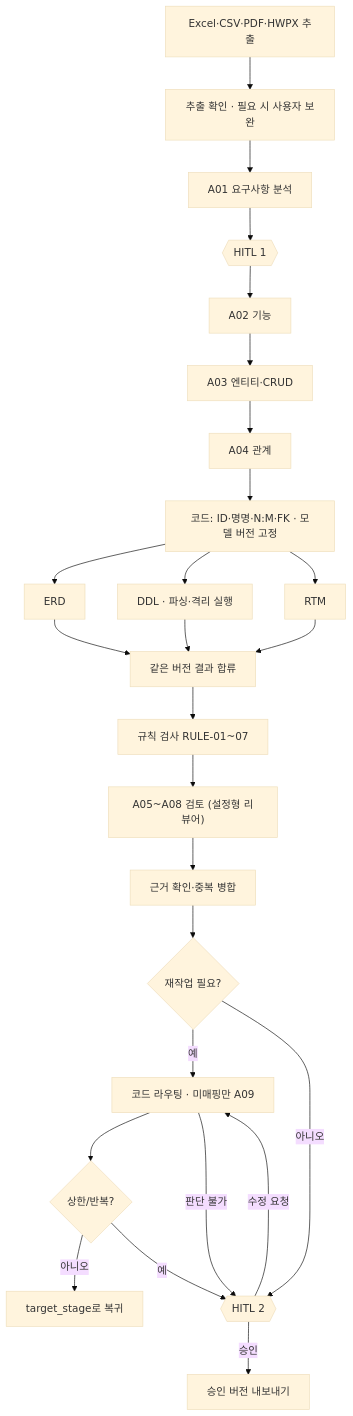
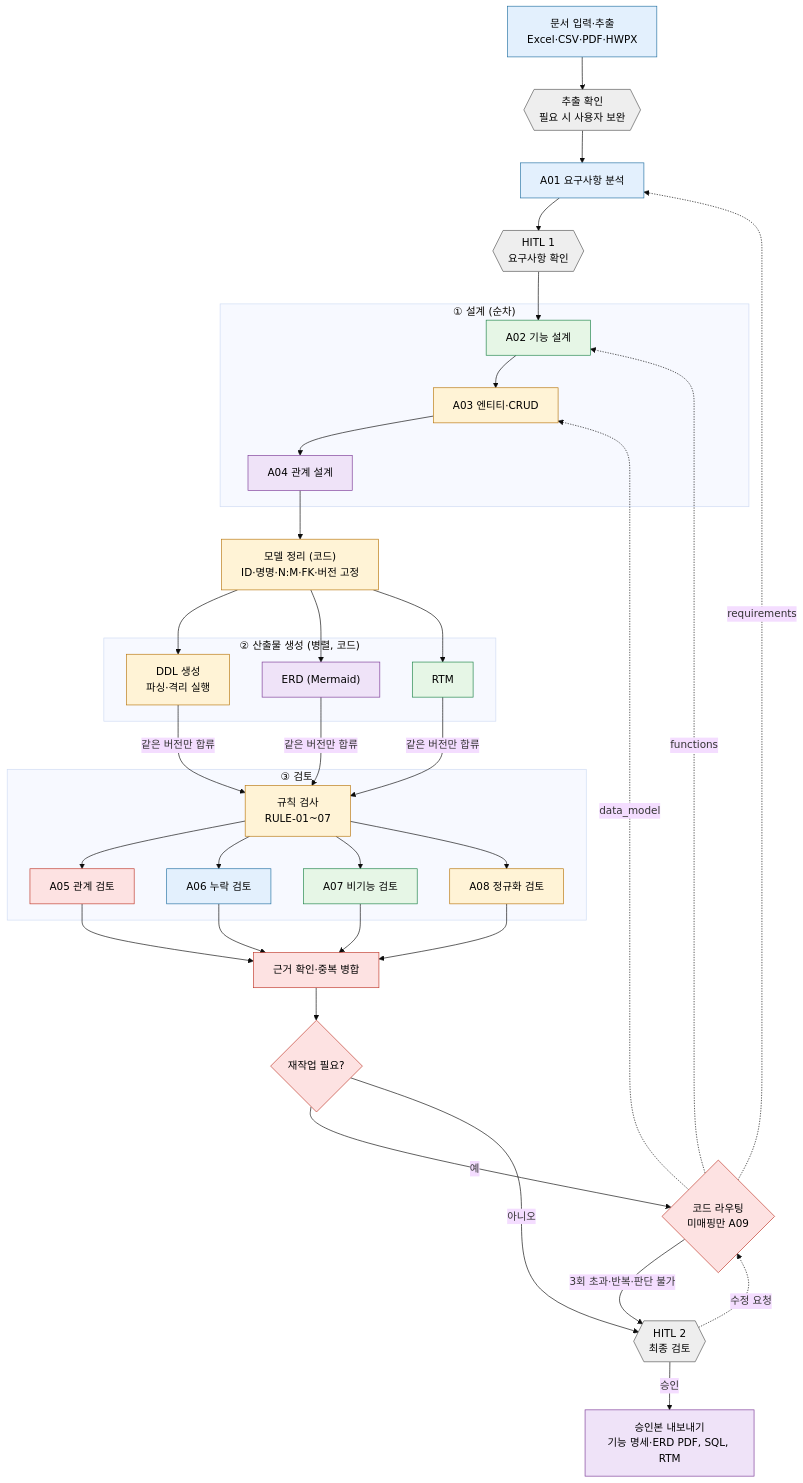
Before and after one commit to surplus96/specton: the second of 3 diagrams in docs/03-architecture.md, drawn with Mermaid (base theme). The commit also changed other lines of this file and 1 other file, not shown here.

Commit message:
docs: redraw the process flow with stage groups and role colors (#30)
Use the role guide's stage grouping and role colors while keeping extraction check, model normalization, rule checks, the A01/A02/A03 return stages, the rework cap, and the HITL 2 revise loop. Link the diagram from the roles doc.

````diff
--- a/docs/03-architecture.md
+++ b/docs/03-architecture.md
@@ -27,21 +29,47 @@
 ```mermaid
 flowchart TD
-    I["Excel·CSV·PDF·HWPX 추출"] --> P["추출 확인 · 필요 시 사용자 보완"]
-    P --> A1["A01 요구사항 분석"] --> H1{{"HITL 1"}}
-    H1 --> A2["A02 기능"] --> A3["A03 엔티티·CRUD"] --> A4["A04 관계"]
-    A4 --> N["코드: ID·명명·N:M·FK · 모델 버전 고정"]
-    N --> E["ERD"] & D["DDL · 파싱·격리 실행"] & T["RTM"]
-    E & D & T --> J["같은 버전 결과 합류"]
-    J --> R["규칙 검사 RULE-01~07"]
-    R --> RV["A05~A08 검토 (설정형 리뷰어)"]
-    RV --> M["근거 확인·중복 병합"]
-    M --> Q{"재작업 필요?"}
-    Q -->|예| L["코드 라우팅 · 미매핑만 A09"]
-    L --> B{"상한/반복?"}
-    B -->|아니오| BACK["target_stage로 복귀"]
-    B -->|예| H2{{"HITL 2"}}
-    L -->|판단 불가| H2
-    Q -->|아니오| H2
-    H2 -->|수정 요청| L
-    H2 -->|승인| O["승인 버전 내보내기"]
+    IN["문서 입력·추출<br/>Excel·CSV·PDF·HWPX"]:::r2 --> CHK{{"추출 확인<br/>필요 시 사용자 보완"}}:::human
+    CHK --> A01["A01 요구사항 분석"]:::r2
+    A01 --> H1{{"HITL 1<br/>요구사항 확인"}}:::human
+
+    subgraph DESIGN["① 설계 (순차)"]
+        A02["A02 기능 설계"]:::r3 --> A03["A03 엔티티·CRUD"]:::r4 --> A04["A04 관계 설계"]:::r5
+    end
+    H1 --> A02
+    A04 --> NORM["모델 정리 (코드)<br/>ID·명명·N:M·FK·버전 고정"]:::r4
+
+    subgraph GEN["② 산출물 생성 (병렬, 코드)"]
+        DDL["DDL 생성<br/>파싱·격리 실행"]:::r4
+        ERD["ERD (Mermaid)"]:::r5
+        RTM["RTM"]:::r3
+    end
+    NORM --> DDL & ERD & RTM
+
+    subgraph REVIEW["③ 검토"]
+        RULE["규칙 검사<br/>RULE-01~07"]:::r4
+        A05["A05 관계 검토"]:::r1
+        A06["A06 누락 검토"]:::r2
+        A07["A07 비기능 검토"]:::r3
+        A08["A08 정규화 검토"]:::r4
+        RULE --> A05 & A06 & A07 & A08
+    end
+    DDL & ERD & RTM -->|같은 버전만 합류| RULE
+
+    A05 & A06 & A07 & A08 --> MERGE["근거 확인·중복 병합"]:::r1
+    MERGE --> Q{"재작업 필요?"}:::r1
+    Q -->|예| ROUTE{"코드 라우팅<br/>미매핑만 A09"}:::r1
+    ROUTE -.->|requirements| A01
+    ROUTE -.->|functions| A02
+    ROUTE -.->|data_model| A03
+    Q -->|아니오| H2{{"HITL 2<br/>최종 검토"}}:::human
+    ROUTE -->|3회 초과·반복·판단 불가| H2
+    H2 -.->|수정 요청| ROUTE
+    H2 -->|승인| OUT["승인본 내보내기<br/>기능 명세·ERD PDF, SQL, RTM"]:::r5
+
+    classDef r1 fill:#fde2e2,stroke:#c0392b,color:#000
+    classDef r2 fill:#e3f0fd,stroke:#2471a3,color:#000
+    classDef r3 fill:#e6f6e6,stroke:#1e8449,color:#000
+    classDef r4 fill:#fff3d6,stroke:#b9770e,color:#000
+    classDef r5 fill:#efe3f8,stroke:#7d3c98,color:#000
+    classDef human fill:#eeeeee,stroke:#555,color:#000
 ```
````
